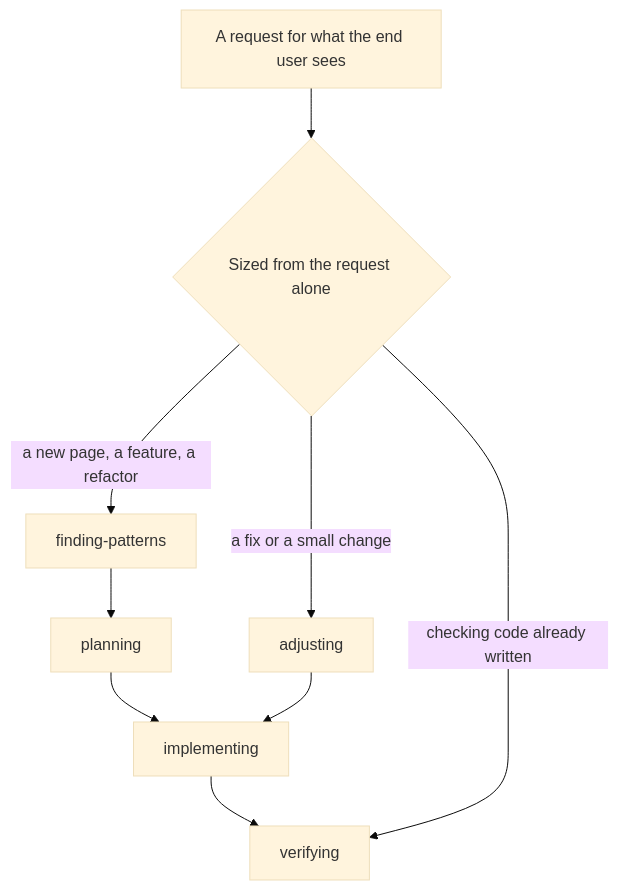
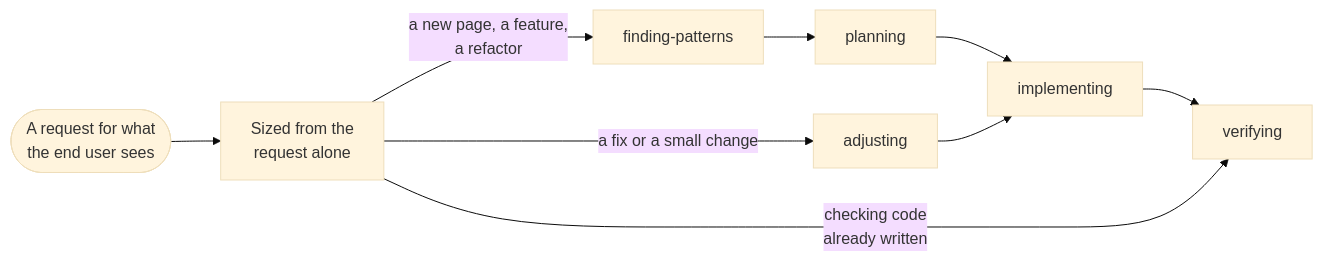
Before and after one commit to kamenkurtev/ui-consistency: the first of 7 diagrams in docs/how-it-works.md, drawn with Mermaid (base theme). The commit also changed other lines of this file, not shown here.

Commit message:
Lay the diagrams out left to right, so each fits one screen (#466)

````diff
--- a/docs/how-it-works.md
+++ b/docs/how-it-works.md
@@ -8,8 +8,8 @@
 ```mermaid
-flowchart TB
-  R["A request for what the end user sees"] --> S{"Sized from the request alone"}
-  S -->|"a new page, a feature, a refactor"| FP["finding-patterns"]
+flowchart LR
+  R(["A request for what<br>the end user sees"]) --> S["Sized from the<br>request alone"]
+  S -->|"a new page, a feature,<br>a refactor"| FP["finding-patterns"]
   FP --> PL["planning"] --> IM["implementing"] --> VE["verifying"]
   S -->|"a fix or a small change"| AD["adjusting"] --> IM
-  S -->|"checking code already written"| VE
+  S -->|"checking code<br>already written"| VE
 ```
````
